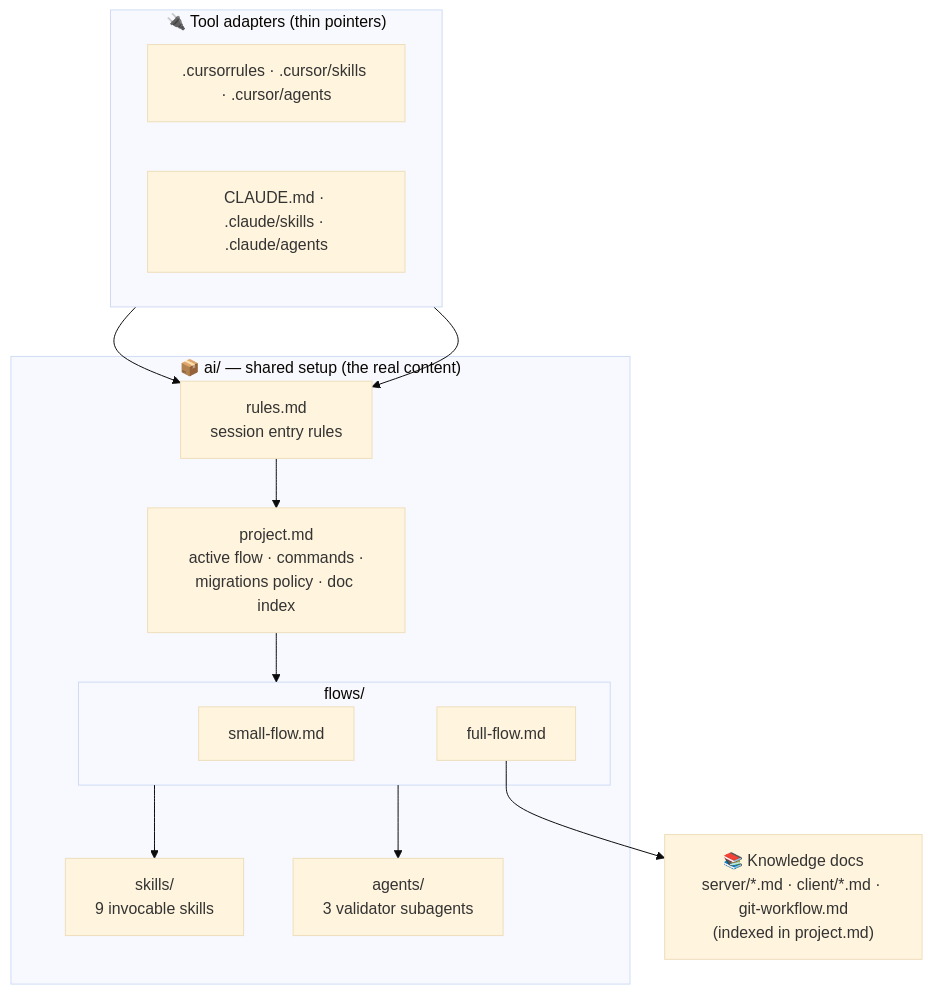
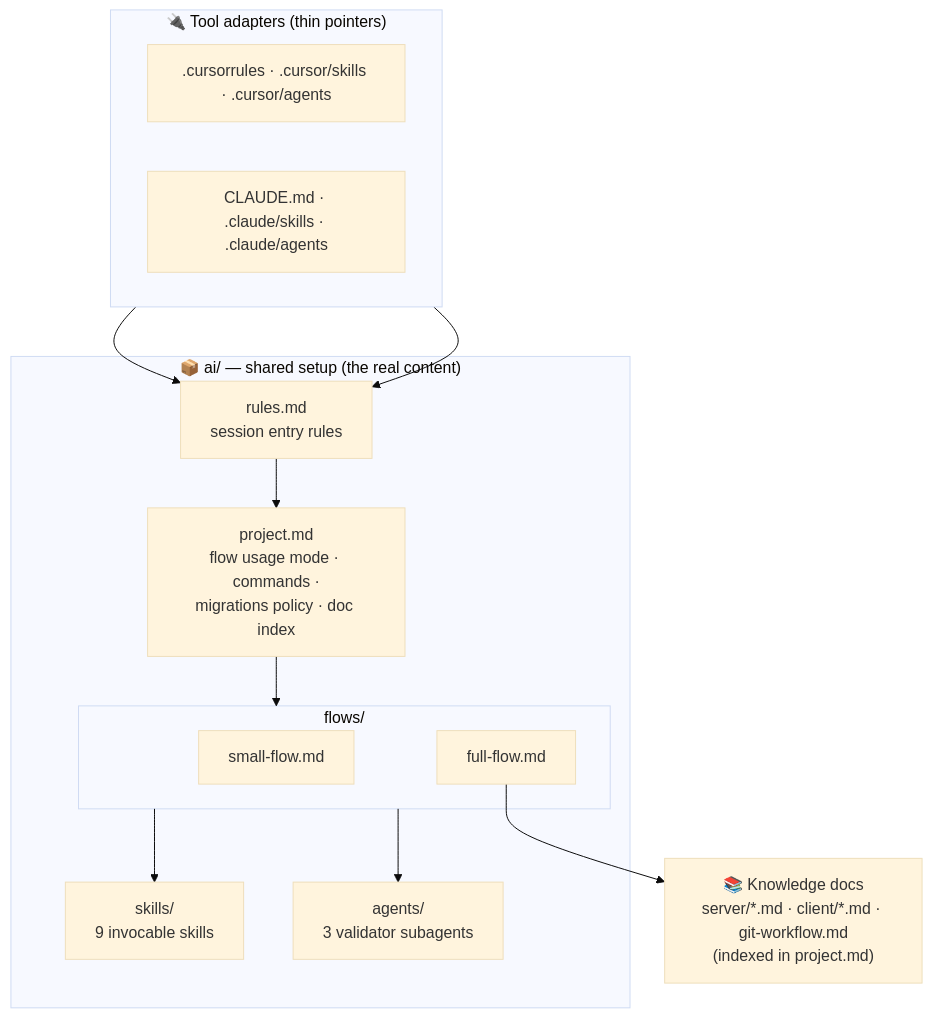
One commit to ShootingStar91/full-stack-template changed the first of 6 diagrams in ai/docs/overview.md. Above: the diagram before and after it, drawn with Mermaid (base theme). The commit also changed other lines of this file and 8 other files, not shown here.

Commit message:
fix: flow default mode fixed

````diff
--- a/ai/docs/overview.md
+++ b/ai/docs/overview.md
@@ -17,29 +17,29 @@
 ```mermaid
 flowchart TB
     subgraph TOOLS["🔌 Tool adapters (thin pointers)"]
         direction LR
         CUR[".cursorrules · .cursor/skills · .cursor/agents"]
         CLA["CLAUDE.md · .claude/skills · .claude/agents"]
     end
 
     subgraph AI["📦 ai/ — shared setup (the real content)"]
         RULES["rules.md<br/>session entry rules"]
-        PROJ["project.md<br/>active flow · commands ·<br/>migrations policy · doc index"]
+        PROJ["project.md<br/>flow usage mode · commands ·<br/>migrations policy · doc index"]
         subgraph FLOWS["flows/"]
             SMALL["small-flow.md"]
             FULL["full-flow.md"]
         end
         SKILLS["skills/<br/>9 invocable skills"]
         AGENTS["agents/<br/>3 validator subagents"]
     end
 
     KNOW["📚 Knowledge docs<br/>server/*.md · client/*.md · git-workflow.md<br/>(indexed in project.md)"]
 
     CUR --> RULES
     CLA --> RULES
     RULES --> PROJ
     PROJ --> FLOWS
     FLOWS --> SKILLS
     FLOWS --> AGENTS
     FULL --> KNOW
 ```
````
